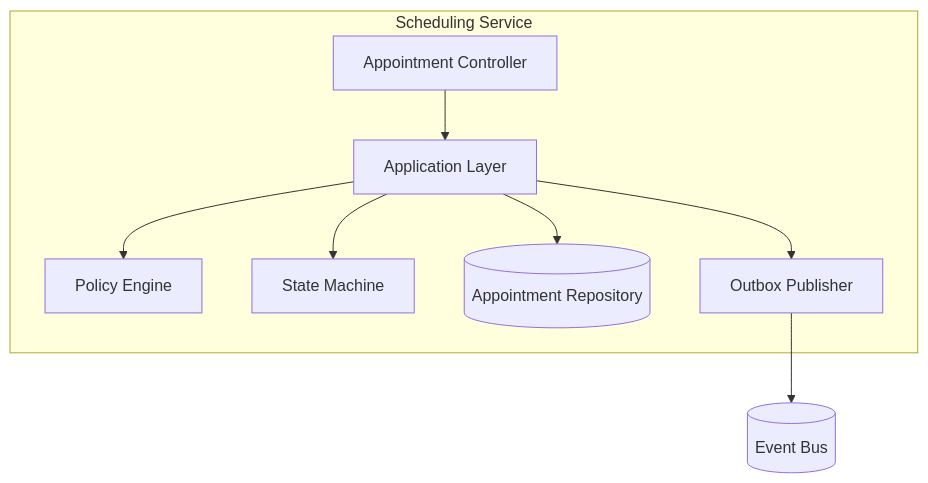
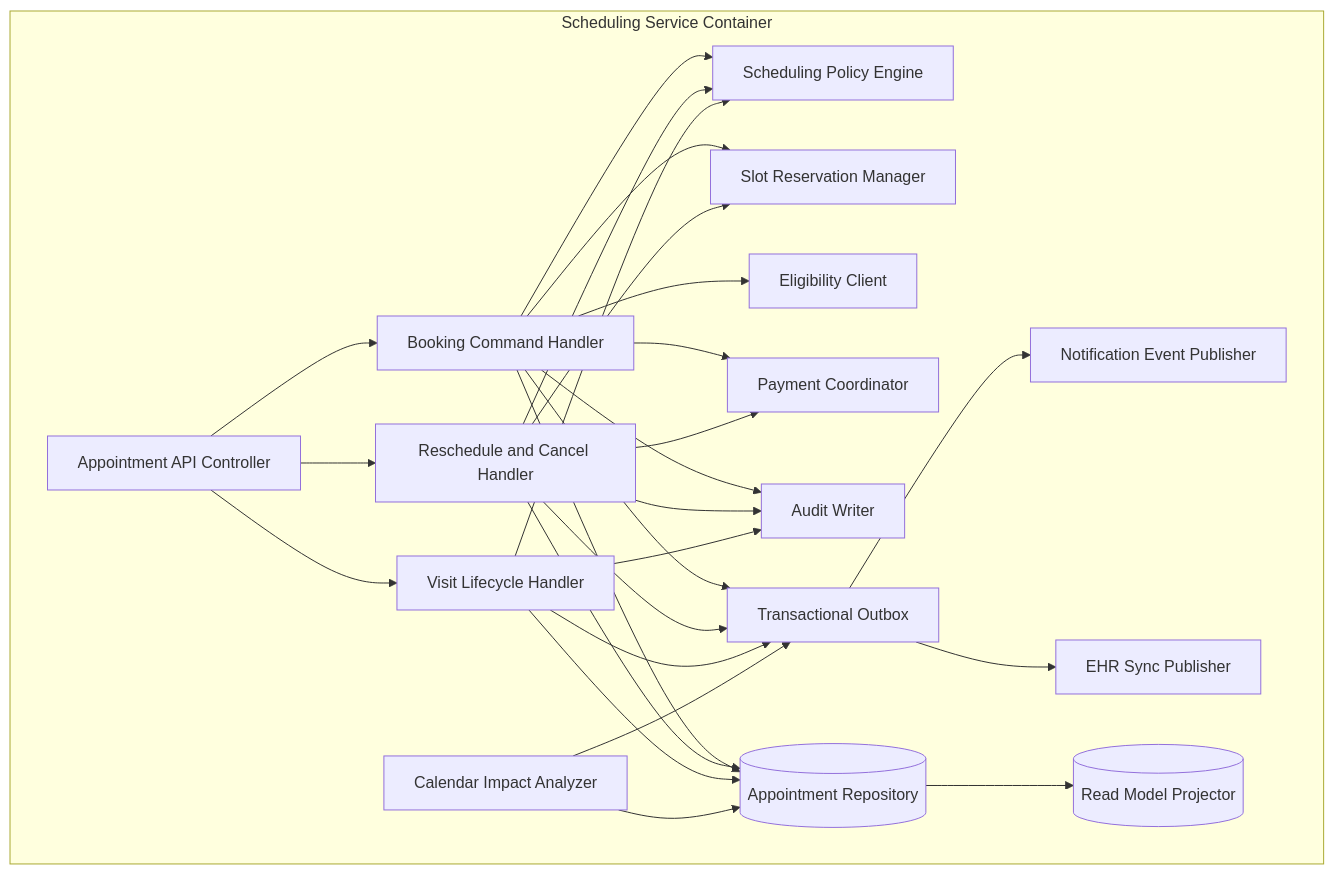
Before and after one commit to 0Ankit0/Project-Ideas: the diagram in Healthcare Appointment System/detailed-design/c4-component.md, drawn with Mermaid. The commit also changed other lines of this file and 18 other files, not shown here.

````diff
--- a/Healthcare Appointment System/detailed-design/c4-component.md
+++ b/Healthcare Appointment System/detailed-design/c4-component.md
@@ -3,18 +5,46 @@
 ```mermaid
 flowchart TB
-  subgraph SchedulingService[Scheduling Service]
-    API[Appointment Controller]
-    APP[Application Layer]
-    POL[Policy Engine]
-    FSM[State Machine]
-    REPO[(Appointment Repository)]
-    OUT[Outbox Publisher]
+  subgraph SchedulingService[Scheduling Service Container]
+    Controller[Appointment API Controller]
+    Booking[Booking Command Handler]
+    Reschedule[Reschedule and Cancel Handler]
+    VisitFlow[Visit Lifecycle Handler]
+    CalendarImpact[Calendar Impact Analyzer]
+    Policy[Scheduling Policy Engine]
+    SlotMgr[Slot Reservation Manager]
+    EligClient[Eligibility Client]
+    PayClient[Payment Coordinator]
+    NotifyPub[Notification Event Publisher]
+    EhrPub[EHR Sync Publisher]
+    AuditWriter[Audit Writer]
+    Outbox[Transactional Outbox]
+    Repo[(Appointment Repository)]
+    ReadModel[(Read Model Projector)]
   end
 
-  API --> APP
-  APP --> POL
-  APP --> FSM
-  APP --> REPO
-  APP --> OUT
-  OUT --> BUS[(Event Bus)]
+  Controller --> Booking
+  Controller --> Reschedule
+  Controller --> VisitFlow
+  Booking --> Policy
+  Booking --> SlotMgr
+  Booking --> EligClient
+  Booking --> PayClient
+  Booking --> AuditWriter
+  Booking --> Outbox
+  Booking --> Repo
+  Reschedule --> Policy
+  Reschedule --> SlotMgr
+  Reschedule --> PayClient
+  Reschedule --> AuditWriter
+  Reschedule --> Outbox
+  Reschedule --> Repo
+  VisitFlow --> Policy
+  VisitFlow --> AuditWriter
+  VisitFlow --> Outbox
+  VisitFlow --> Repo
+  CalendarImpact --> Repo
+  CalendarImpact --> Outbox
+  Outbox --> NotifyPub
+  Outbox --> EhrPub
+  Repo --> ReadModel
 ```
````
